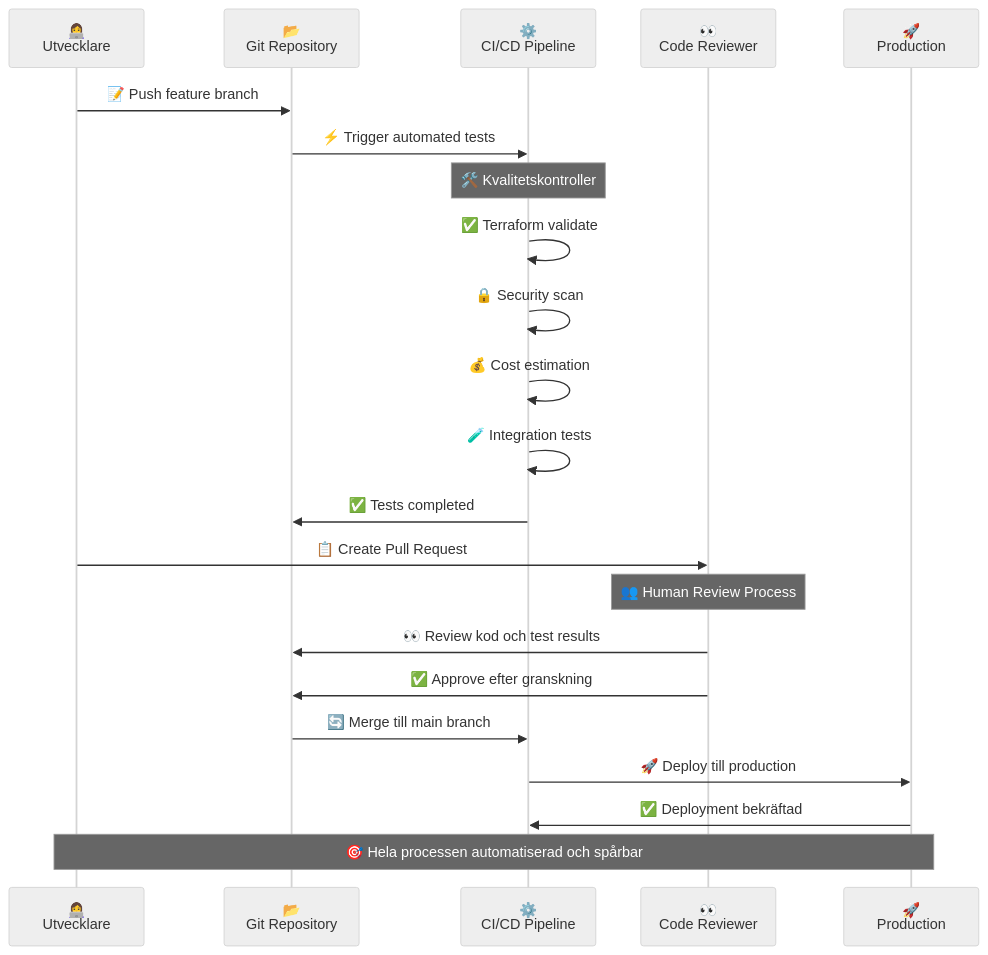
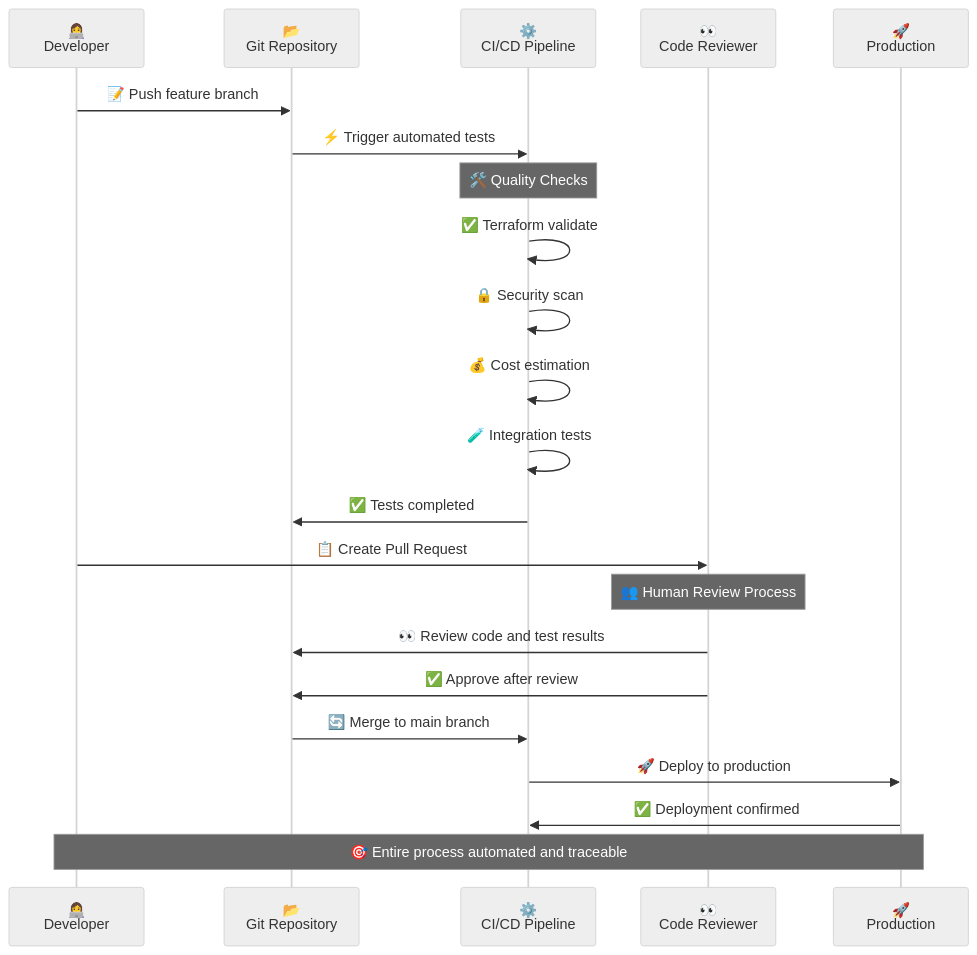
The diagram in docs/images/code_review_sequence.mmd (Geonitab/architecture_as_code), drawn with Mermaid (neutral theme) before and after one commit. The commit also changed 11 other files, not shown here.

Commit message:
Translate Swedish text in Mermaid diagrams to English

```diff
--- a/docs/images/code_review_sequence.mmd
+++ b/docs/images/code_review_sequence.mmd
@@ -1,28 +1,28 @@
 sequenceDiagram
-    participant Dev as 👩‍💻<br/>Utvecklare
+    participant Dev as 👩‍💻<br/>Developer
     participant Git as 📂<br/>Git Repository
     participant CI as ⚙️<br/>CI/CD Pipeline
     participant Rev as 👀<br/>Code Reviewer
     participant Prod as 🚀<br/>Production
     
     Dev->>Git: 📝 Push feature branch
     Git->>CI: ⚡ Trigger automated tests
     
-    Note over CI: 🛠️ Kvalitetskontroller
+    Note over CI: 🛠️ Quality Checks
     CI->>CI: ✅ Terraform validate
     CI->>CI: 🔒 Security scan
     CI->>CI: 💰 Cost estimation
     CI->>CI: 🧪 Integration tests
     
     CI->>Git: ✅ Tests completed
     Dev->>Rev: 📋 Create Pull Request
     
     Note over Rev: 👥 Human Review Process
-    Rev->>Git: 👀 Review kod och test results
-    Rev->>Git: ✅ Approve efter granskning
+    Rev->>Git: 👀 Review code and test results
+    Rev->>Git: ✅ Approve after review
     
-    Git->>CI: 🔄 Merge till main branch
-    CI->>Prod: 🚀 Deploy till production
-    Prod->>CI: ✅ Deployment bekräftad
+    Git->>CI: 🔄 Merge to main branch
+    CI->>Prod: 🚀 Deploy to production
+    Prod->>CI: ✅ Deployment confirmed
     
-    Note over Dev,Prod: 🎯 Hela processen automatiserad och spårbar
+    Note over Dev,Prod: 🎯 Entire process automated and traceable
```
